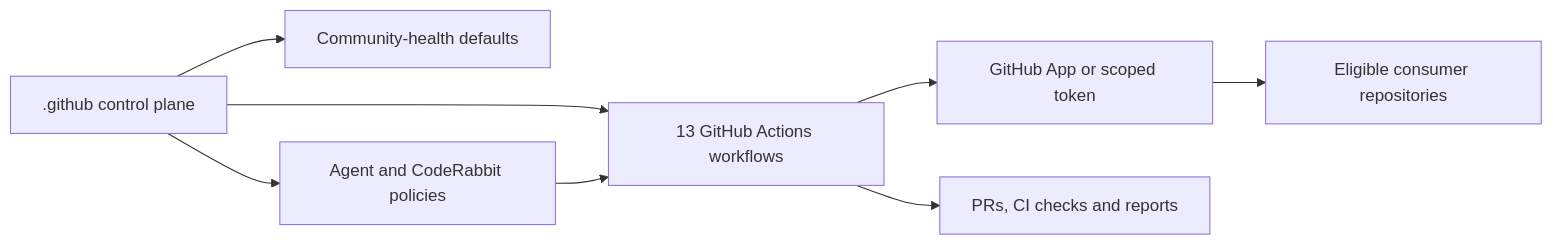
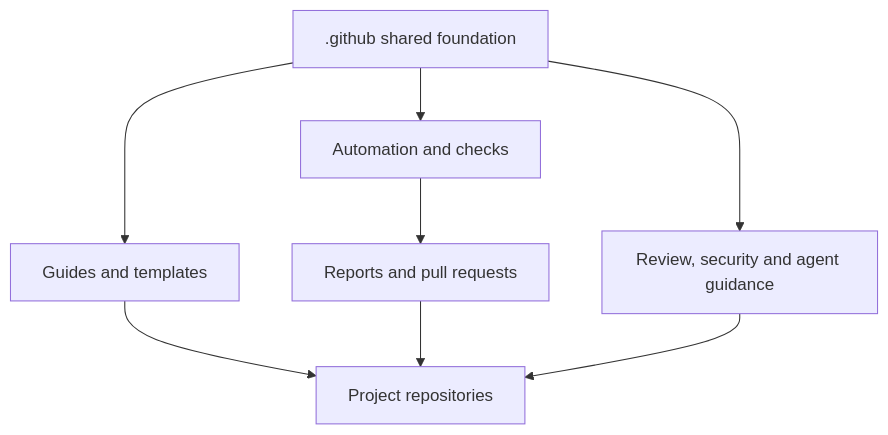
Before and after one commit to rodri-oliveira-dev/.github: the diagram in README.md, drawn with Mermaid. The commit also changed other lines of this file and 2 other files, not shown here.

````diff
--- a/README.md
+++ b/README.md
@@ -59,10 +22,10 @@
 ```mermaid
-flowchart LR
-  Control[".github control plane"] --> Defaults["Community-health defaults"]
-  Control --> Actions["13 GitHub Actions workflows"]
-  Control --> Policies["Agent and CodeRabbit policies"]
-  Actions --> App["GitHub App or scoped token"]
-  App --> Consumers["Eligible consumer repositories"]
-  Actions --> Reports["PRs, CI checks and reports"]
-  Policies --> Actions
+flowchart TB
+    Hub[".github shared foundation"] --> Guidance["Guides and templates"]
+    Hub --> Automation["Automation and checks"]
+    Hub --> Review["Review, security and agent guidance"]
+    Guidance --> Repositories["Project repositories"]
+    Automation --> Reports["Reports and pull requests"]
+    Reports --> Repositories
+    Review --> Repositories
 ```
````
